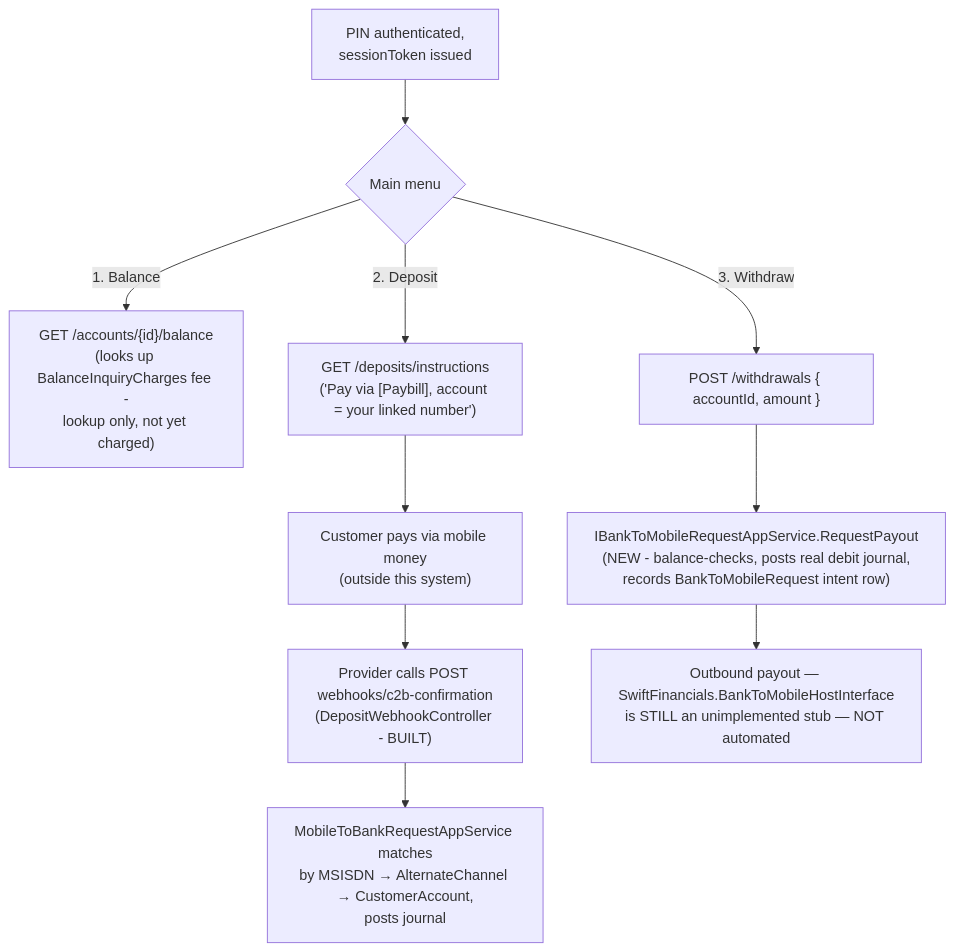
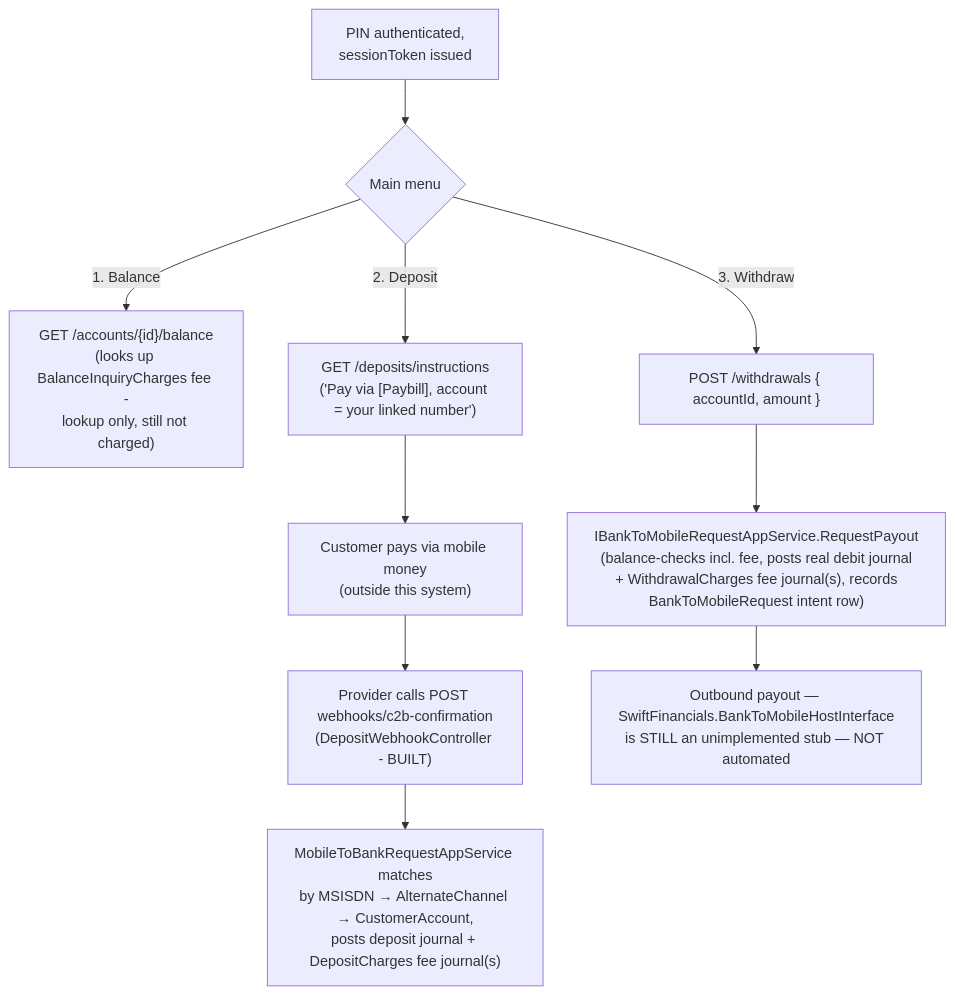
One commit to calvince-swizzsoft/Swift-Financials-FOSA changed the fourth of 4 diagrams in WebApplication1/Areas/WhatsAppBanking/WORKFLOW.md. Above: the diagram before and after it, drawn with Mermaid. The commit also changed other lines of this file and 5 other files, not shown here.

First line of the commit message:
Post DepositCharges/WithdrawalCharges fees on WhatsApp Banking transactions

````diff
--- a/WebApplication1/Areas/WhatsAppBanking/WORKFLOW.md
+++ b/WebApplication1/Areas/WhatsAppBanking/WORKFLOW.md
@@ -364,12 +375,12 @@
 ```mermaid
 flowchart TD
     A["PIN authenticated,\nsessionToken issued"] --> B{"Main menu"}
-    B -->|"1. Balance"| C["GET /accounts/{id}/balance\n(looks up BalanceInquiryCharges fee -\nlookup only, not yet charged)"]
+    B -->|"1. Balance"| C["GET /accounts/{id}/balance\n(looks up BalanceInquiryCharges fee -\nlookup only, still not charged)"]
     B -->|"2. Deposit"| D["GET /deposits/instructions\n('Pay via [Paybill], account = your linked number')"]
     B -->|"3. Withdraw"| E["POST /withdrawals { accountId, amount }"]
     D --> F["Customer pays via mobile money\n(outside this system)"]
     F --> G["Provider calls POST webhooks/c2b-confirmation\n(DepositWebhookController - BUILT)"]
-    G --> H["MobileToBankRequestAppService matches\nby MSISDN → AlternateChannel → CustomerAccount,\nposts journal"]
-    E --> I["IBankToMobileRequestAppService.RequestPayout\n(NEW - balance-checks, posts real debit journal,\nrecords BankToMobileRequest intent row)"]
+    G --> H["MobileToBankRequestAppService matches\nby MSISDN → AlternateChannel → CustomerAccount,\nposts deposit journal + DepositCharges fee journal(s)"]
+    E --> I["IBankToMobileRequestAppService.RequestPayout\n(balance-checks incl. fee, posts real debit journal\n+ WithdrawalCharges fee journal(s), records\nBankToMobileRequest intent row)"]
     I --> J["Outbound payout — SwiftFinancials.BankToMobileHostInterface\nis STILL an unimplemented stub — NOT automated"]
 ```
````
